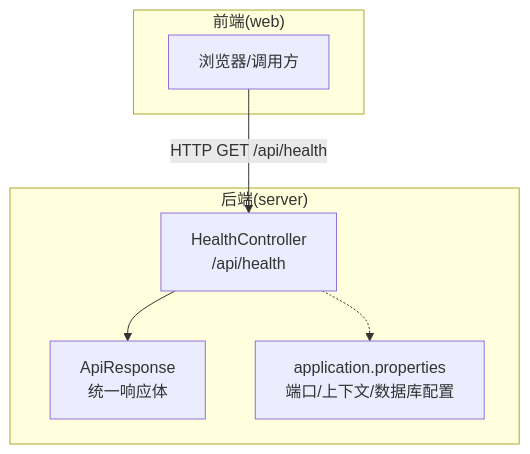
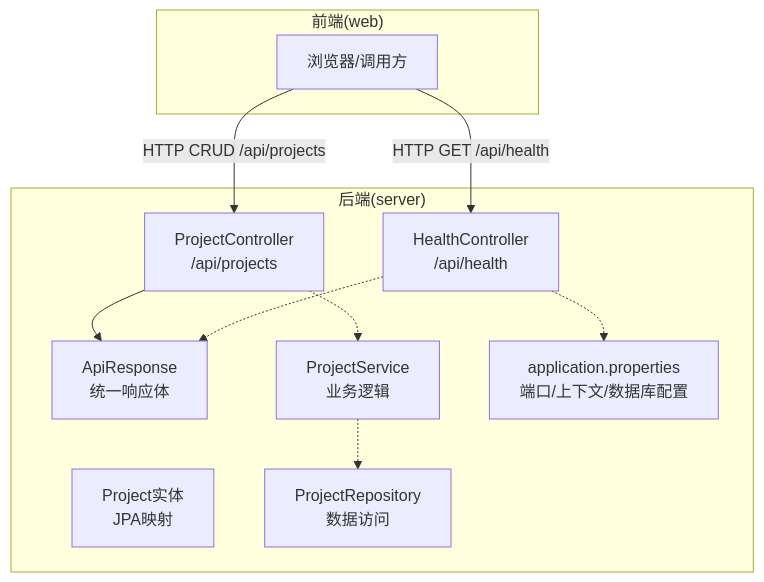
The first of 3 diagrams in .qoder/repowiki/zh/content/后端架构/API控制器层.md (zhou9832/test1-qoder), drawn with Mermaid before and after one commit. The commit also changed other lines of this file and 48 other files, not shown here.

````diff
--- a/.qoder/repowiki/zh/content/后端架构/API控制器层.md
+++ b/.qoder/repowiki/zh/content/后端架构/API控制器层.md
@@ -30,14 +40,22 @@
 ```mermaid
 graph TB
 subgraph "后端(server)"
 A["HealthController<br/>/api/health"]
-B["ApiResponse<T><br/>统一响应体"]
-C["application.properties<br/>端口/上下文/数据库配置"]
+B["ProjectController<br/>/api/projects"]
+C["ApiResponse<T><br/>统一响应体"]
+D["Project实体<br/>JPA映射"]
+E["ProjectService<br/>业务逻辑"]
+F["ProjectRepository<br/>数据访问"]
+G["application.properties<br/>端口/上下文/数据库配置"]
 end
 subgraph "前端(web)"
-D["浏览器/调用方"]
+H["浏览器/调用方"]
 end
-D --> |HTTP GET /api/health| A
-A --> B
+H --> |HTTP GET /api/health| A
+H --> |HTTP CRUD /api/projects| B
+B --> C
+B -.-> E
+E -.-> F
 A -.-> C
+A -.-> G
 ```
````
